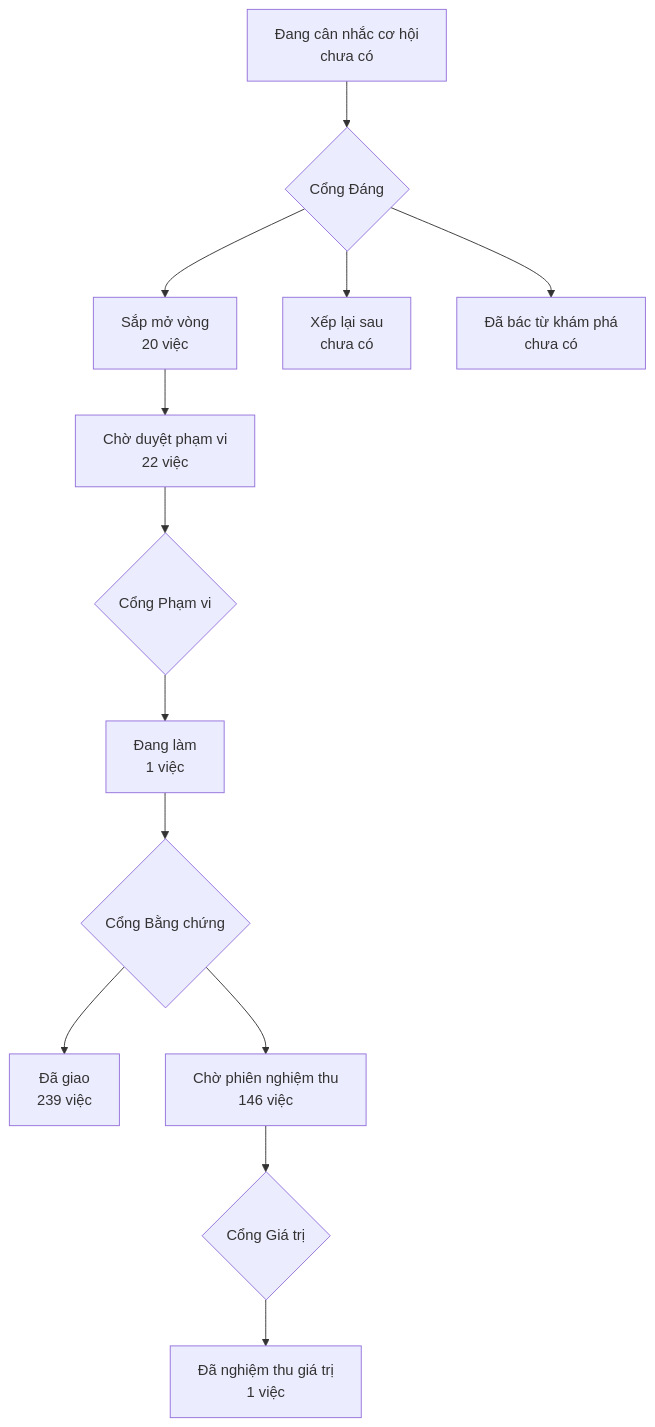
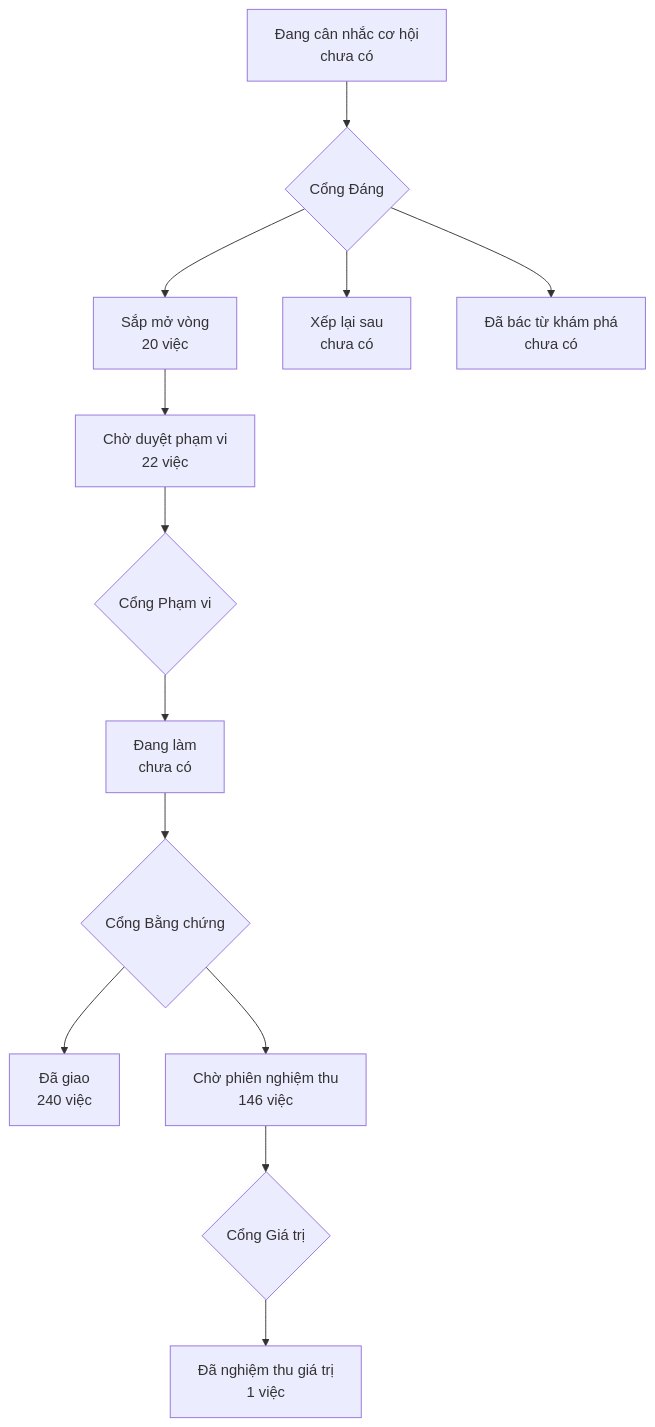
The diagram in PRODUCT-MAP.md (phanlemanh/onehub-invest), drawn with Mermaid before and after one commit. The commit also changed other lines of this file and 4 other files, not shown here.

````diff
--- a/PRODUCT-MAP.md
+++ b/PRODUCT-MAP.md
@@ -7,12 +7,12 @@
 ```mermaid
 flowchart TD
   A["Đang cân nhắc cơ hội<br/>chưa có"] --> GD{"Cổng Đáng"}
   GD --> B["Sắp mở vòng<br/>20 việc"]
   GD --> XL["Xếp lại sau<br/>chưa có"]
   GD --> DB["Đã bác từ khám phá<br/>chưa có"]
   B --> CD["Chờ duyệt phạm vi<br/>22 việc"] --> GP{"Cổng Phạm vi"}
-  GP --> DL["Đang làm<br/>1 việc"] --> GB{"Cổng Bằng chứng"}
-  GB --> DG["Đã giao<br/>239 việc"]
+  GP --> DL["Đang làm<br/>chưa có"] --> GB{"Cổng Bằng chứng"}
+  GB --> DG["Đã giao<br/>240 việc"]
   GB --> CN["Chờ phiên nghiệm thu<br/>146 việc"] --> GG{"Cổng Giá trị"}
   GG --> NT["Đã nghiệm thu giá trị<br/>1 việc"]
 ```
````
